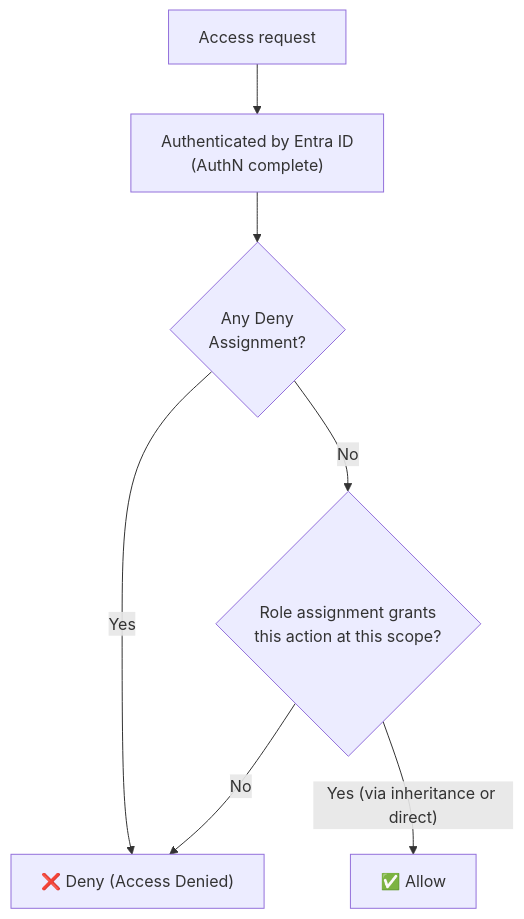
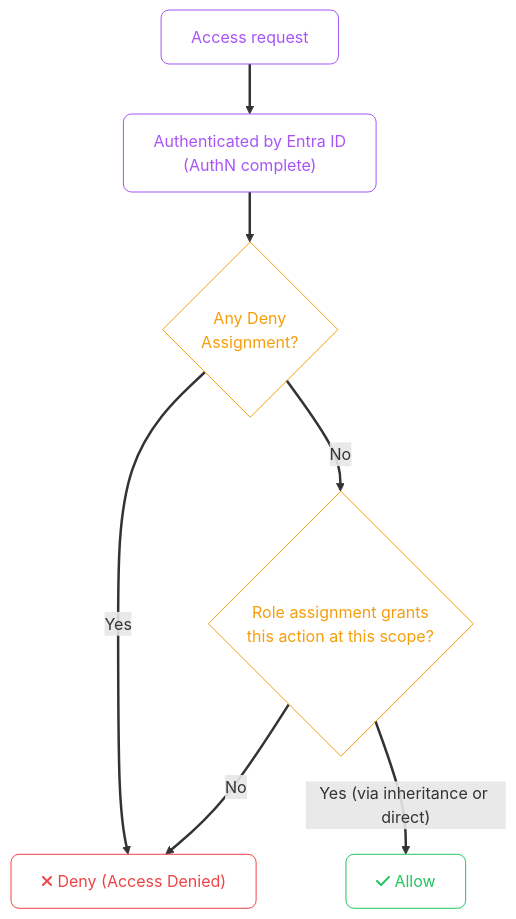
The second of 7 diagrams in src/content/cloud/azure/03-securing-your-system.mdx (zafarale/cloudification), drawn with Mermaid before and after one commit. The commit also changed other lines of this file and 84 other files, not shown here.

````diff
--- a/src/content/cloud/azure/03-securing-your-system.mdx
+++ b/src/content/cloud/azure/03-securing-your-system.mdx
@@ -65,16 +71,24 @@
 ```mermaid
 flowchart TD
-    REQ["Access request"]
-    ENTRA["Authenticated by Entra ID\n(AuthN complete)"]
-    DENY_ASSIGN{"Any Deny\nAssignment?"}
-    ROLE_CHECK{"Role assignment grants\nthis action at this scope?"}
-    ALLOW["✅ Allow"]
-    DENY["❌ Deny (Access Denied)"]
+    accTitle: RBAC Evaluation Flow
+    accDescr: Flowchart (td) showing Access request, AuthN complete, Any Deny Assignment
+    classDef step fill:none,stroke:#a855f7,color:#a855f7,rx:8,ry:8
+    classDef ok   fill:none,stroke:#22c55e,color:#22c55e,rx:8,ry:8
+    classDef fail fill:none,stroke:#ef4444,color:#ef4444,rx:8,ry:8
+    classDef decesion fill:none,stroke:#f59e0b,color:#f59e0b,rx:8,ry:8
+    linkStyle default stroke-width:2.5px
+
+    REQ["Access request"]:::step
+    ENTRA["Authenticated by Entra ID<br/>(AuthN complete)"]:::step
+    DENY_ASSIGN{"Any Deny<br/>Assignment?"}:::decesion
+    ROLE_CHECK{"Role assignment grants<br/>this action at this scope?"}:::decesion
+    ALLOW["fa:fa-check Allow"]:::ok
+    DENY["fa:fa-xmark Deny (Access Denied)"]:::fail
 
     REQ --> ENTRA
     ENTRA --> DENY_ASSIGN
     DENY_ASSIGN -- "Yes" --> DENY
     DENY_ASSIGN -- "No" --> ROLE_CHECK
     ROLE_CHECK -- "Yes (via inheritance or direct)" --> ALLOW
     ROLE_CHECK -- "No" --> DENY
 ```
````
